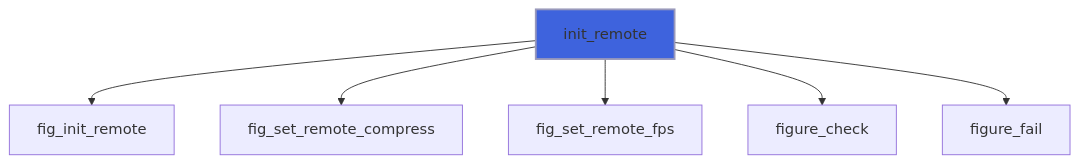
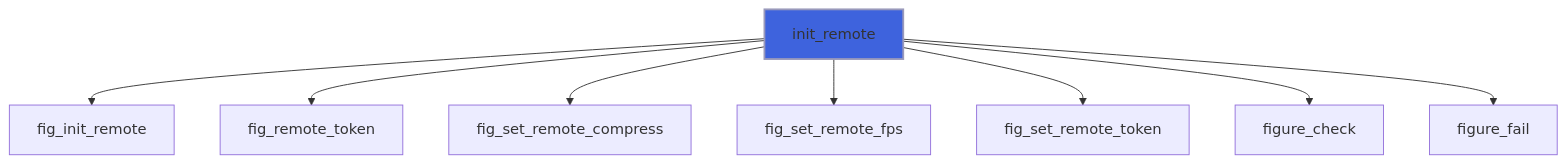
Before and after one commit to szaghi/figure: the fourth of 14 diagrams in docs/api/src/lib/figure_app.md, drawn with Mermaid. The commit also changed other lines of this file and 16 other files, not shown here.

First line of the commit message:
feat(remote): an access token in the address, random by default (S14)

````diff
--- a/docs/api/src/lib/figure_app.md
+++ b/docs/api/src/lib/figure_app.md
@@ -181,9 +185,11 @@
 ```mermaid
 flowchart TD
   init_remote["init_remote"] --> fig_init_remote["fig_init_remote"]
+  init_remote["init_remote"] --> fig_remote_token["fig_remote_token"]
   init_remote["init_remote"] --> fig_set_remote_compress["fig_set_remote_compress"]
   init_remote["init_remote"] --> fig_set_remote_fps["fig_set_remote_fps"]
+  init_remote["init_remote"] --> fig_set_remote_token["fig_set_remote_token"]
   init_remote["init_remote"] --> figure_check["figure_check"]
   init_remote["init_remote"] --> figure_fail["figure_fail"]
   style init_remote fill:#3e63dd,stroke:#99b,stroke-width:2px
 ```
````
